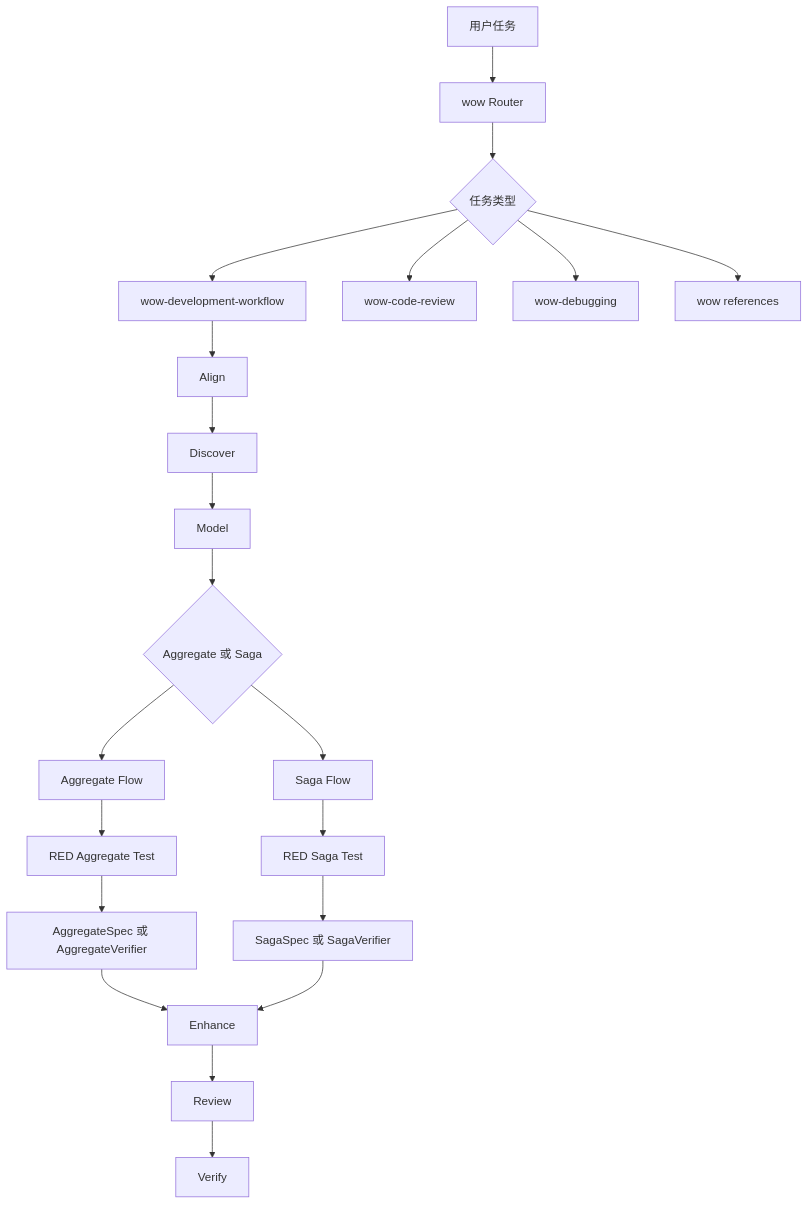
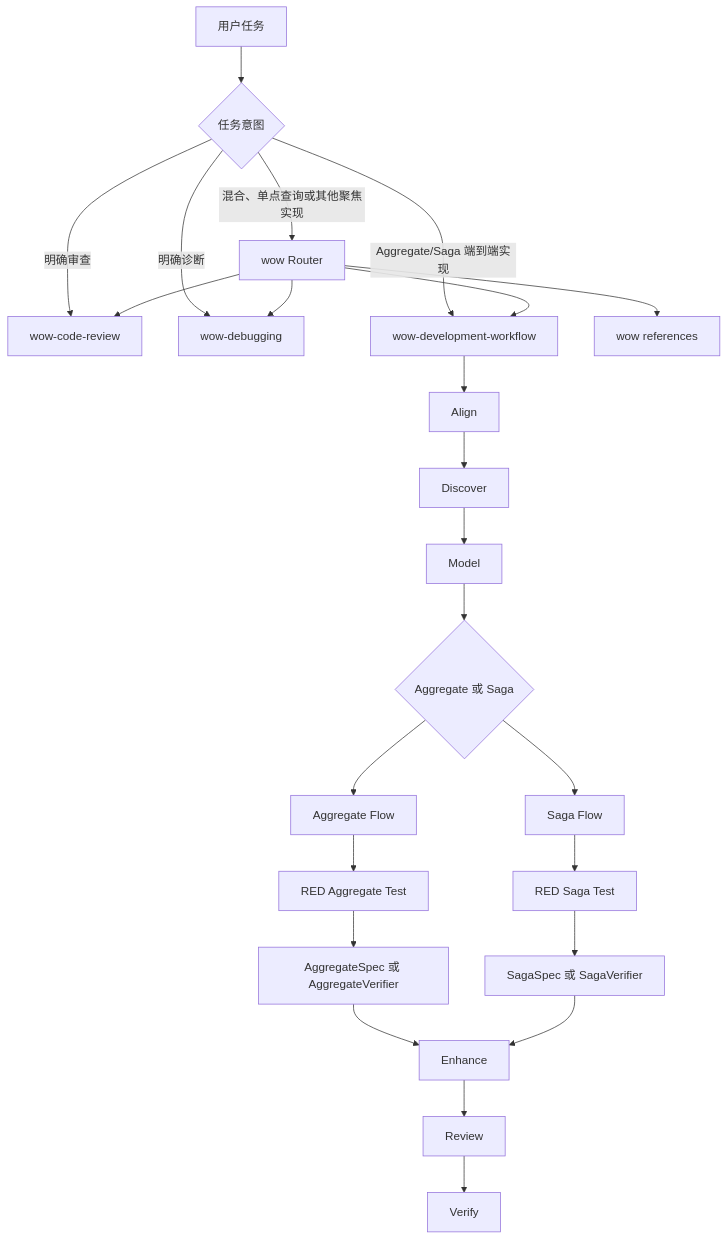
The diagram in skills/README.md (Ahoo-Wang/Wow), drawn with Mermaid before and after one commit. The commit also changed other lines of this file and 11 other files, not shown here.

````diff
--- a/skills/README.md
+++ b/skills/README.md
@@ -17,24 +18,27 @@
 ```mermaid
 graph TD
-    A[用户任务] --> B[wow Router]
-    B --> C{任务类型}
-    C --> D[wow-development-workflow]
-    C --> E[wow-code-review]
-    C --> F[wow-debugging]
-    C --> G[wow references]
+    A[用户任务] --> C{任务意图}
+    C -->|明确审查| E[wow-code-review]
+    C -->|明确诊断| F[wow-debugging]
+    C -->|Aggregate/Saga 端到端实现| D[wow-development-workflow]
+    C -->|混合、单点查询或其他聚焦实现| B[wow Router]
+    B --> D
+    B --> E
+    B --> F
+    B --> G[wow references]
 
     D --> D1[Align]
     D1 --> D2[Discover]
     D2 --> D3[Model]
     D3 --> D4{Aggregate 或 Saga}
     D4 --> D5[Aggregate Flow]
     D4 --> D6[Saga Flow]
     D5 --> D7[RED Aggregate Test]
     D6 --> D8[RED Saga Test]
     D7 --> D71[AggregateSpec 或 AggregateVerifier]
     D8 --> D81[SagaSpec 或 SagaVerifier]
     D71 --> D9[Enhance]
     D81 --> D9
     D9 --> D10[Review]
     D10 --> D11[Verify]
 ```
````
